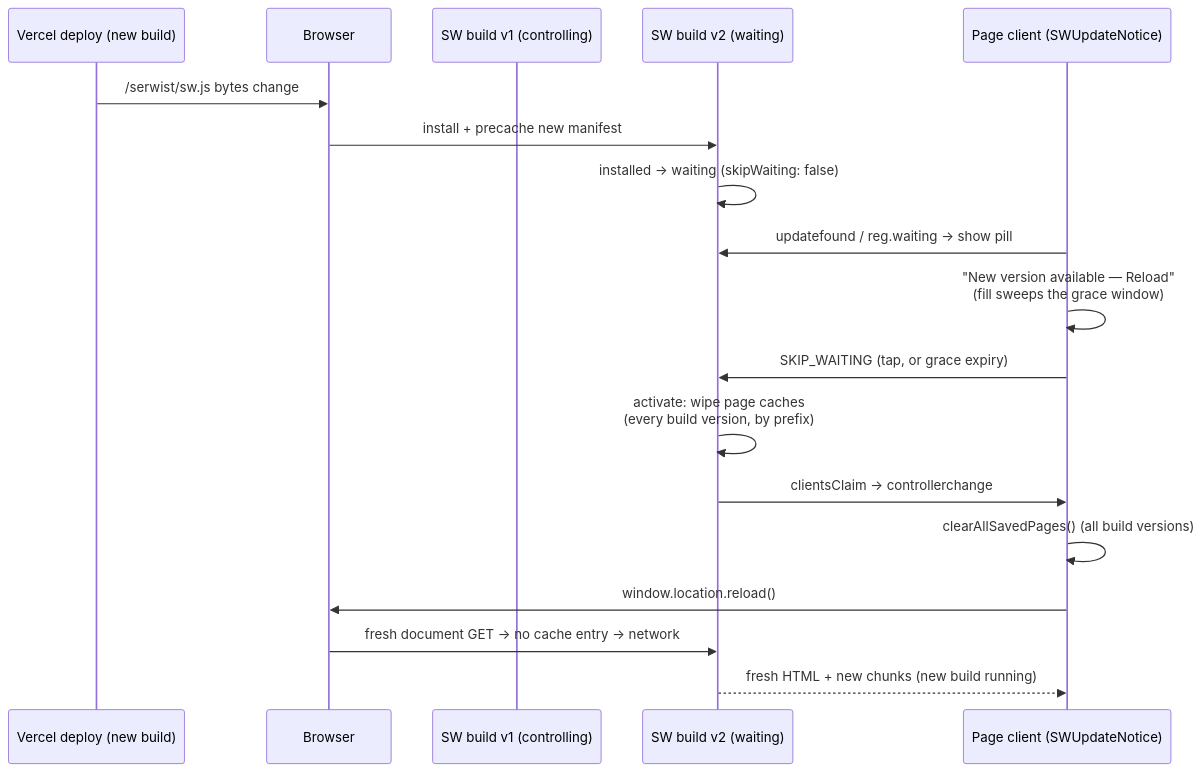
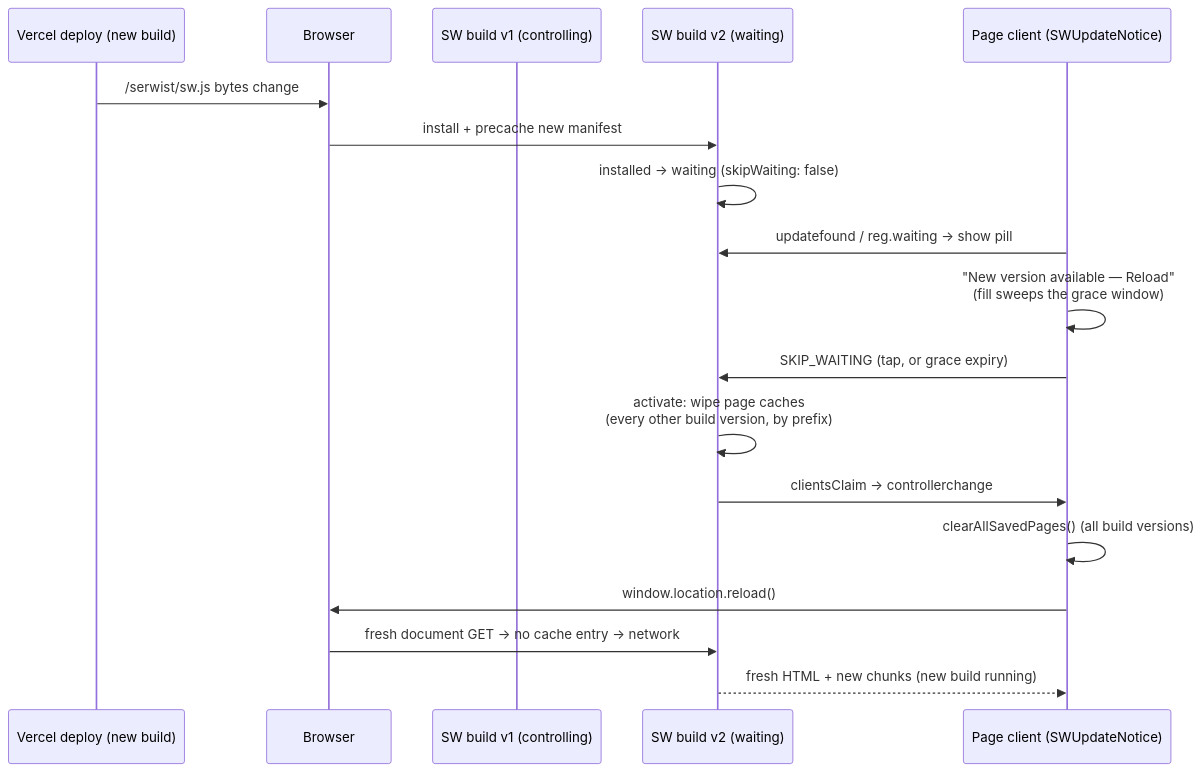
One commit to oncloudnintynineone-source/cloudy2 changed the fourth of 6 diagrams in docs/pwa-offline.md. Above: the diagram before and after it, drawn with Mermaid. The commit also changed other lines of this file and 22 other files, not shown here.

Commit message:
docs: sync mermaid diagrams with current code, fix diagram syntax errors

````diff
--- a/docs/pwa-offline.md
+++ b/docs/pwa-offline.md
@@ -265,21 +265,21 @@
 ```mermaid
 sequenceDiagram
  participant D as Vercel deploy (new build)
  participant B as Browser
  participant V1 as SW build v1 (controlling)
  participant V2 as SW build v2 (waiting)
  participant C as Page client (SWUpdateNotice)
 
  D->>B: /serwist/sw.js bytes change
  B->>V2: install + precache new manifest
  V2->>V2: installed → waiting (skipWaiting: false)
  C->>V2: updatefound / reg.waiting → show pill
  C->>C: "New version available — Reload"<br/>(fill sweeps the grace window)
  C->>V2: SKIP_WAITING (tap, or grace expiry)
- V2->>V2: activate: wipe page caches<br/>(every build version, by prefix)
+ V2->>V2: activate: wipe page caches<br/>(every other build version, by prefix)
  V2->>C: clientsClaim → controllerchange
  C->>C: clearAllSavedPages() (all build versions)
  C->>B: window.location.reload()
  B->>V2: fresh document GET → no cache entry → network
  V2-->>C: fresh HTML + new chunks (new build running)
 ```
````
